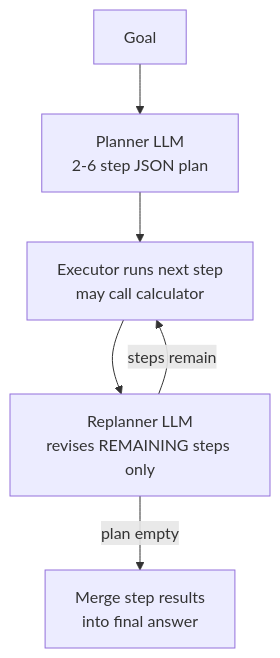
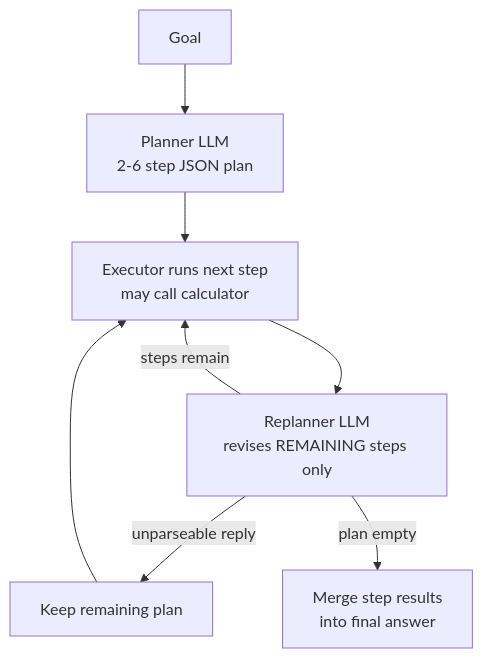
Before and after one commit to AleBrito124356/nim-agent-lab: the second of 2 diagrams in README.md, drawn with Mermaid. The commit also changed other lines of this file and 3 other files, not shown here.

````diff
--- a/README.md
+++ b/README.md
@@ -46,8 +84,9 @@
 ```mermaid
 flowchart TD
     G[Goal] --> P["Planner LLM<br/>2-6 step JSON plan"]
     P --> X[Executor runs next step<br/>may call calculator]
     X --> R["Replanner LLM<br/>revises REMAINING steps only"]
     R -->|steps remain| X
+    R -->|unparseable reply| K[Keep remaining plan] --> X
     R -->|plan empty| M[Merge step results<br/>into final answer]
 ```
````
